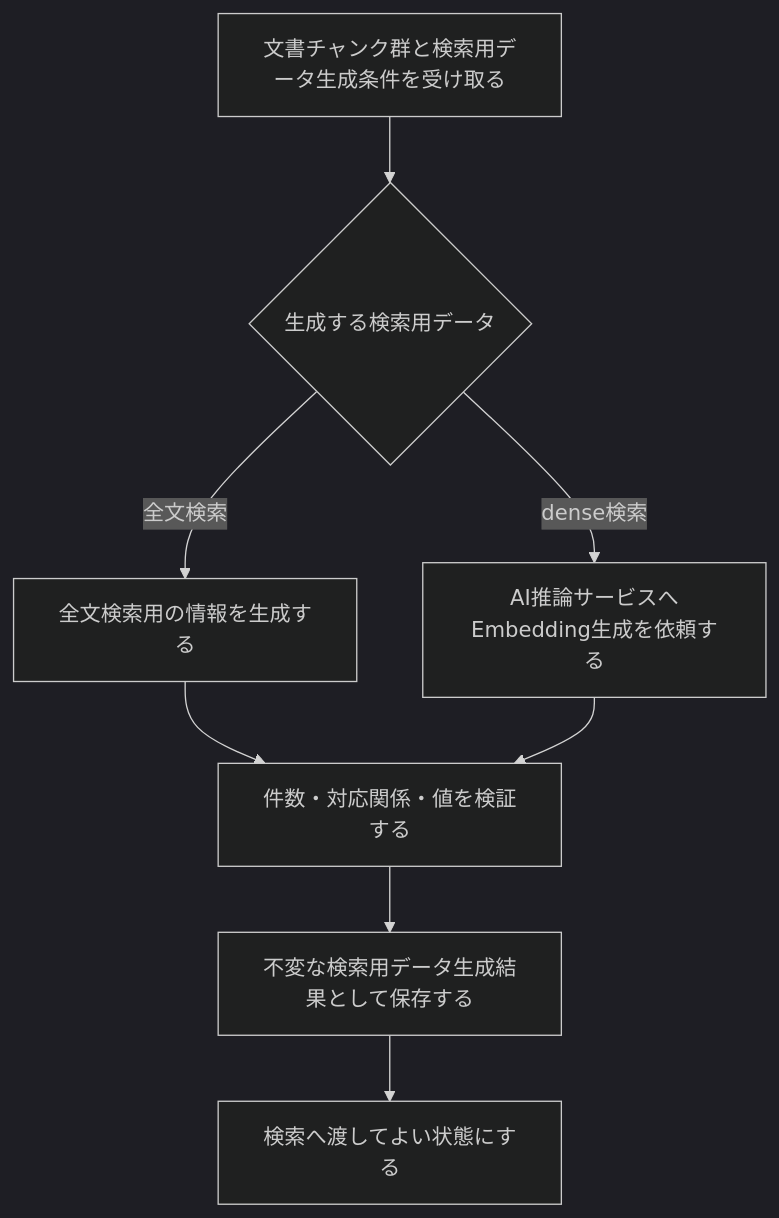
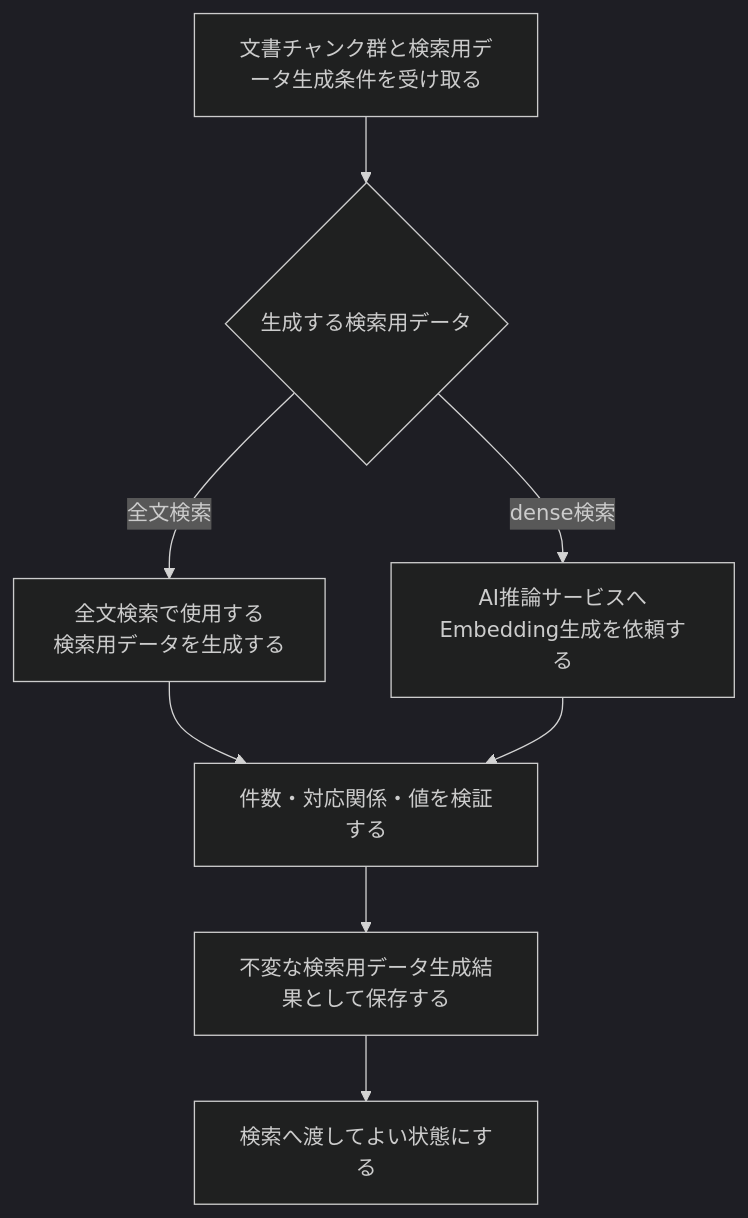
One commit to takashit16833/RAGScope changed the diagram in project-docs/design/domains/documents/検索用データ生成詳細設計.md. Above: the diagram before and after it, drawn with Mermaid (dark theme). The commit also changed other lines of this file, not shown here.

````diff
--- a/project-docs/design/domains/documents/検索用データ生成詳細設計.md
+++ b/project-docs/design/domains/documents/検索用データ生成詳細設計.md
@@ -17,15 +17,15 @@
 ```mermaid
 flowchart TD
     Receive["文書チャンク群と検索用データ生成条件を受け取る"]
     Kind{"生成する検索用データ"}
-    FullText["全文検索用の情報を生成する"]
+    FullText["全文検索で使用する<br>検索用データを生成する"]
     Embedding["AI推論サービスへ<br>Embedding生成を依頼する"]
     Validate["件数・対応関係・値を検証する"]
     Save["不変な検索用データ生成結果として保存する"]
     Publish["検索へ渡してよい状態にする"]
 
     Receive --> Kind
     Kind -->|全文検索| FullText --> Validate
     Kind -->|dense検索| Embedding --> Validate
     Validate --> Save --> Publish
 ```
````
